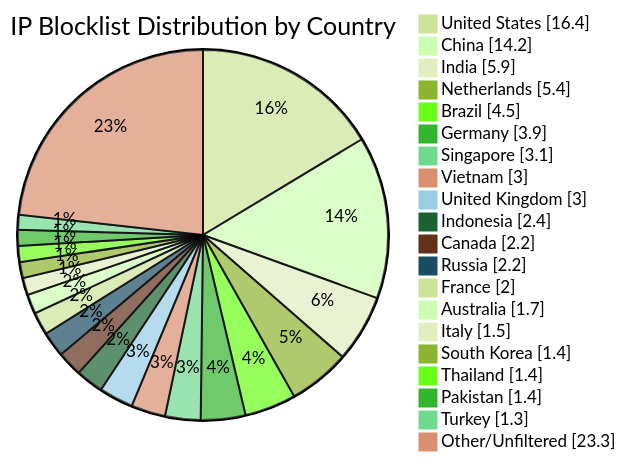
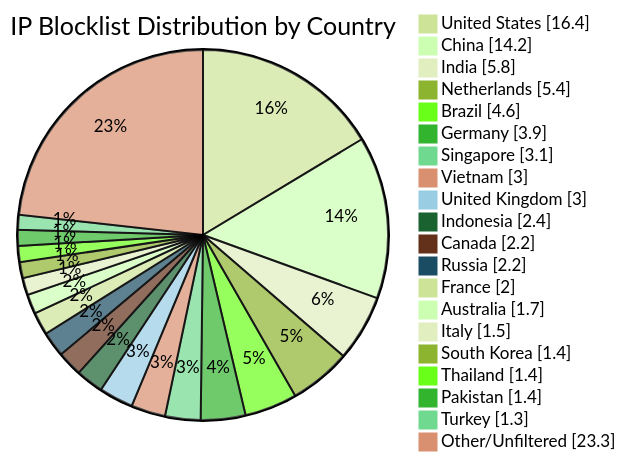
The diagram in README.md (dewdmadbro/ip-blocklist-dewd), drawn with Mermaid (forest theme) before and after one commit. The commit also changed other lines of this file and 49 other files, not shown here.

````diff
--- a/README.md
+++ b/README.md
@@ -34,23 +34,23 @@
 ```mermaid
 pie showData title IP Blocklist Distribution by Country
 "United States" : 16.4
 "China" : 14.2
-"India" : 5.9
+"India" : 5.8
 "Netherlands" : 5.4
-"Brazil" : 4.5
+"Brazil" : 4.6
 "Germany" : 3.9
 "Singapore" : 3.1
 "Vietnam" : 3.0
 "United Kingdom" : 3.0
 "Indonesia" : 2.4
 "Canada" : 2.2
 "Russia" : 2.2
 "France" : 2.0
 "Australia" : 1.7
 "Italy" : 1.5
 "South Korea" : 1.4
 "Thailand" : 1.4
 "Pakistan" : 1.4
 "Turkey" : 1.3
 "Other/Unfiltered" : 23.3
 ```
````
